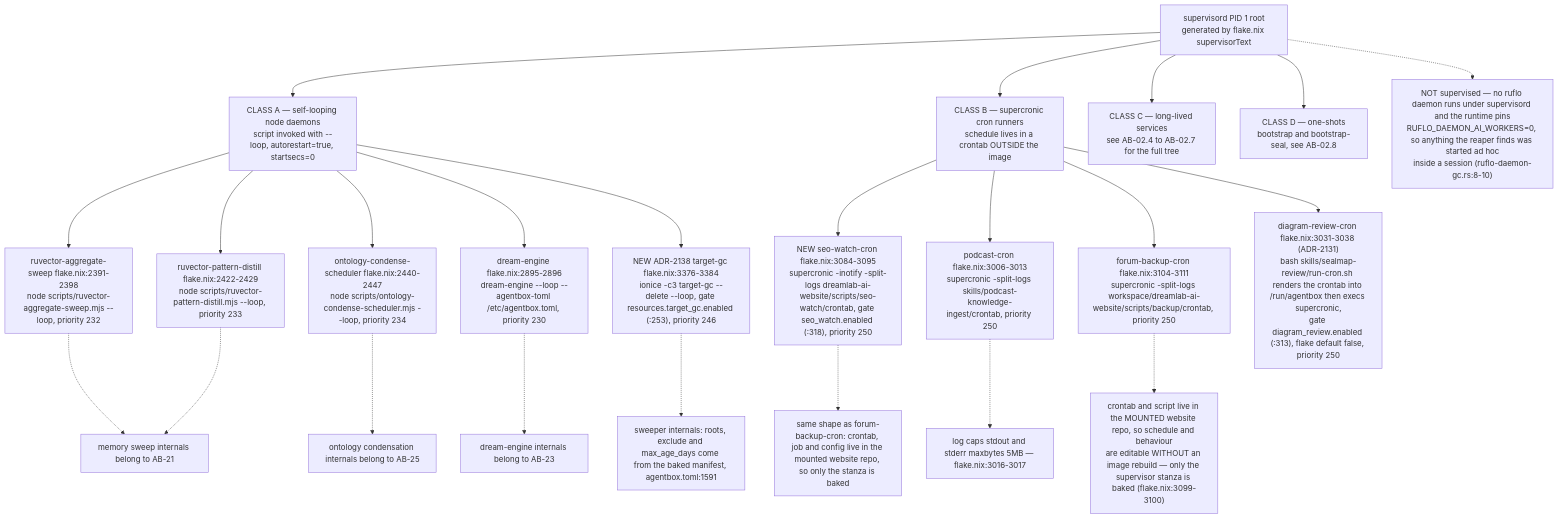
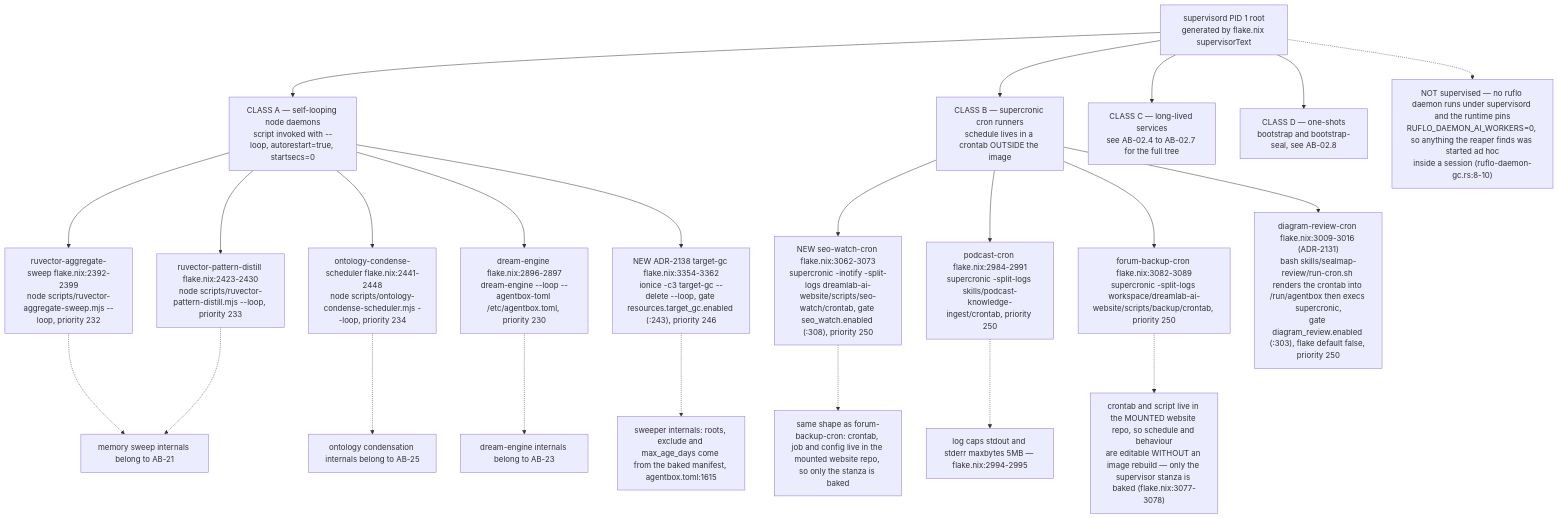
One commit to DreamLab-AI/VisionFlow changed the first of 11 diagrams in docs/diagrams/agentbox/07-daemons-reapers-cron-backups.md. Above: the diagram before and after it, drawn with Mermaid. The commit also changed other lines of this file and 145 other files, not shown here.

````diff
--- a/docs/diagrams/agentbox/07-daemons-reapers-cron-backups.md
+++ b/docs/diagrams/agentbox/07-daemons-reapers-cron-backups.md
@@ -27,25 +27,25 @@
 ```mermaid
 flowchart TD
     SUP["supervisord PID 1 root<br/>generated by flake.nix supervisorText"] --> C1["CLASS A — self-looping node daemons<br/>script invoked with --loop, autorestart=true, startsecs=0"]
     SUP --> C2["CLASS B — supercronic cron runners<br/>schedule lives in a crontab OUTSIDE the image"]
     SUP --> C3["CLASS C — long-lived services<br/>see AB-02.4 to AB-02.7 for the full tree"]
     SUP --> C4["CLASS D — one-shots<br/>bootstrap and bootstrap-seal, see AB-02.8"]
-    C1 --> A1["ruvector-aggregate-sweep flake.nix:2391-2398<br/>node scripts/ruvector-aggregate-sweep.mjs --loop, priority 232"]
-    C1 --> A2["ruvector-pattern-distill flake.nix:2422-2429<br/>node scripts/ruvector-pattern-distill.mjs --loop, priority 233"]
-    C1 --> A3["ontology-condense-scheduler flake.nix:2440-2447<br/>node scripts/ontology-condense-scheduler.mjs --loop, priority 234"]
-    C1 --> A4["dream-engine flake.nix:2895-2896<br/>dream-engine --loop --agentbox-toml /etc/agentbox.toml, priority 230"]
-    C1 --> A5["NEW ADR-2138 target-gc flake.nix:3376-3384<br/>ionice -c3 target-gc --delete --loop, gate resources.target_gc.enabled (:253), priority 246"]
-    C2 --> B3["NEW seo-watch-cron flake.nix:3084-3095<br/>supercronic -inotify -split-logs dreamlab-ai-website/scripts/seo-watch/crontab, gate seo_watch.enabled (:318), priority 250"]
-    C2 --> B1["podcast-cron flake.nix:3006-3013<br/>supercronic -split-logs skills/podcast-knowledge-ingest/crontab, priority 250"]
-    C2 --> B2["forum-backup-cron flake.nix:3104-3111<br/>supercronic -split-logs workspace/dreamlab-ai-website/scripts/backup/crontab, priority 250"]
-    C2 --> B4["diagram-review-cron flake.nix:3031-3038 (ADR-2131)<br/>bash skills/sealmap-review/run-cron.sh renders the crontab into /run/agentbox then execs supercronic,<br/>gate diagram_review.enabled (:313), flake default false, priority 250"]
+    C1 --> A1["ruvector-aggregate-sweep flake.nix:2392-2399<br/>node scripts/ruvector-aggregate-sweep.mjs --loop, priority 232"]
+    C1 --> A2["ruvector-pattern-distill flake.nix:2423-2430<br/>node scripts/ruvector-pattern-distill.mjs --loop, priority 233"]
+    C1 --> A3["ontology-condense-scheduler flake.nix:2441-2448<br/>node scripts/ontology-condense-scheduler.mjs --loop, priority 234"]
+    C1 --> A4["dream-engine flake.nix:2896-2897<br/>dream-engine --loop --agentbox-toml /etc/agentbox.toml, priority 230"]
+    C1 --> A5["NEW ADR-2138 target-gc flake.nix:3354-3362<br/>ionice -c3 target-gc --delete --loop, gate resources.target_gc.enabled (:243), priority 246"]
+    C2 --> B3["NEW seo-watch-cron flake.nix:3062-3073<br/>supercronic -inotify -split-logs dreamlab-ai-website/scripts/seo-watch/crontab, gate seo_watch.enabled (:308), priority 250"]
+    C2 --> B1["podcast-cron flake.nix:2984-2991<br/>supercronic -split-logs skills/podcast-knowledge-ingest/crontab, priority 250"]
+    C2 --> B2["forum-backup-cron flake.nix:3082-3089<br/>supercronic -split-logs workspace/dreamlab-ai-website/scripts/backup/crontab, priority 250"]
+    C2 --> B4["diagram-review-cron flake.nix:3009-3016 (ADR-2131)<br/>bash skills/sealmap-review/run-cron.sh renders the crontab into /run/agentbox then execs supercronic,<br/>gate diagram_review.enabled (:303), flake default false, priority 250"]
     A1 -.-> M1["memory sweep internals belong to AB-21"]
     A2 -.-> M1
     A3 -.-> M2["ontology condensation internals belong to AB-25"]
     A4 -.-> M3["dream-engine internals belong to AB-23"]
-    A5 -.-> M4["sweeper internals: roots, exclude and max_age_days come from the baked manifest, agentbox.toml:1591"]
+    A5 -.-> M4["sweeper internals: roots, exclude and max_age_days come from the baked manifest, agentbox.toml:1615"]
     B3 -.-> N3["same shape as forum-backup-cron: crontab, job and config live in the mounted website repo, so only the stanza is baked"]
-    B1 -.-> N1["log caps stdout and stderr maxbytes 5MB — flake.nix:3016-3017"]
-    B2 -.-> N2["crontab and script live in the MOUNTED website repo, so schedule and behaviour<br/>are editable WITHOUT an image rebuild — only the supervisor stanza is baked (flake.nix:3099-3100)"]
+    B1 -.-> N1["log caps stdout and stderr maxbytes 5MB — flake.nix:2994-2995"]
+    B2 -.-> N2["crontab and script live in the MOUNTED website repo, so schedule and behaviour<br/>are editable WITHOUT an image rebuild — only the supervisor stanza is baked (flake.nix:3077-3078)"]
     SUP -.-> ADHOC["NOT supervised — no ruflo daemon runs under supervisord and the runtime pins<br/>RUFLO_DAEMON_AI_WORKERS=0, so anything the reaper finds was started ad hoc<br/>inside a session (ruflo-daemon-gc.rs:8-10)"]
 ```
````
